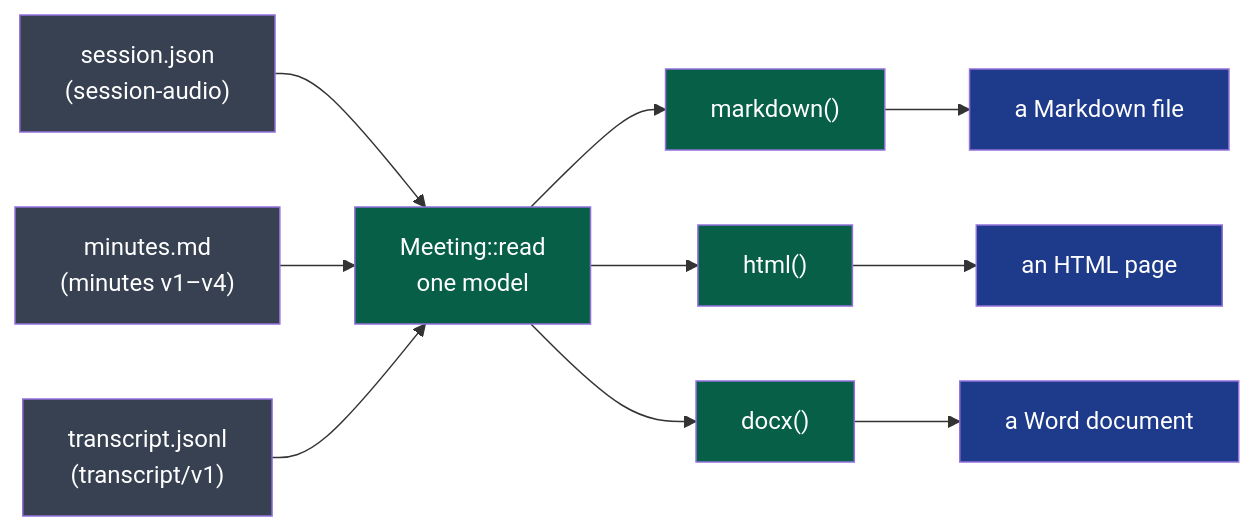
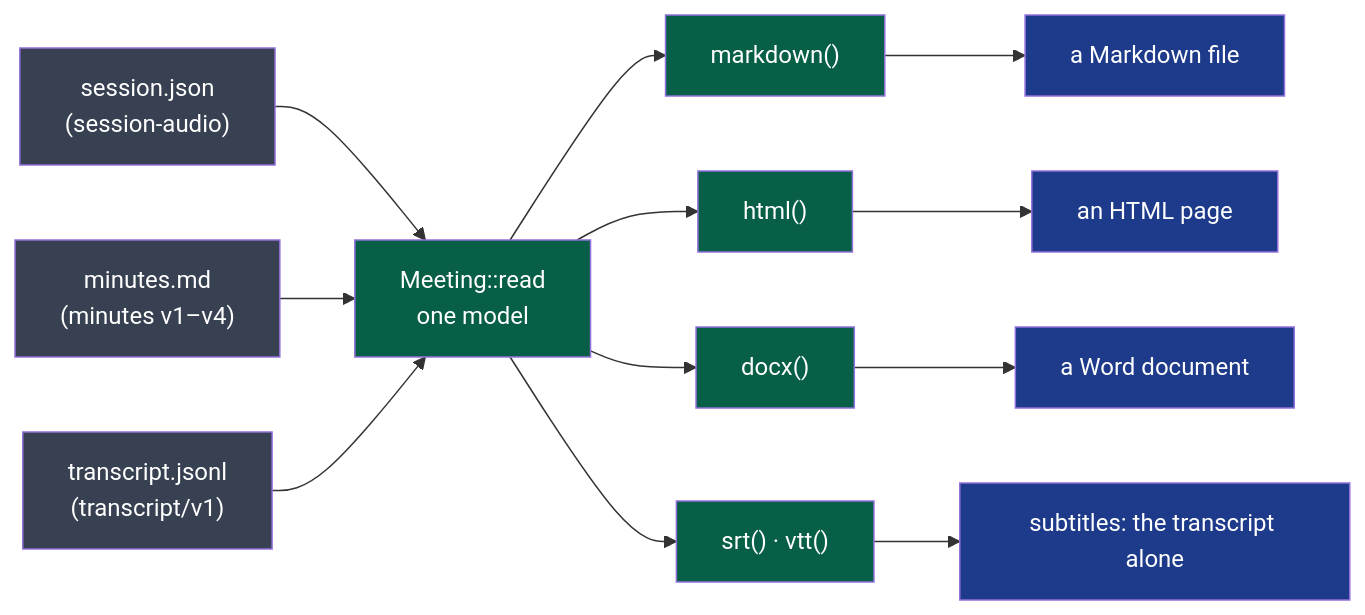
The diagram in modules/export/README.md (NapkinStack/kitokey), drawn with Mermaid before and after one commit. The commit also changed other lines of this file and 2 other files, not shown here.

Commit message:
D108 — export: kitokey-export writes srt and vtt, the transcript alone; a summary makes no subtitles
`srt` and `vtt` join WRITTEN with their writers. Asked without a transcript, they are meeting.empty, as
`exporting/v1` says subtitles are the transcript alone. WRITTEN's comment and the README say what is
written today.

Agent-Session: 73595919-25fa-4ee1-88e0-3e5a31997280

````diff
--- a/modules/export/README.md
+++ b/modules/export/README.md
@@ -9,16 +9,18 @@
 ```mermaid
 flowchart LR
     S["session.json<br/>(session-audio)"]:::file --> M["Meeting::read<br/>one model"]:::module
     N["minutes.md<br/>(minutes v1–v4)"]:::file --> M
     T["transcript.jsonl<br/>(transcript/v1)"]:::file --> M
     M --> W["markdown()"]:::module
     W --> F["a Markdown file"]:::out
     M --> H["html()"]:::module
     H --> P["an HTML page"]:::out
     M --> D["docx()"]:::module
     D --> O["a Word document"]:::out
+    M --> V["srt() · vtt()"]:::module
+    V --> U["subtitles: the transcript alone"]:::out
 
     classDef file fill:#374151,color:#fff
     classDef module fill:#065f46,color:#fff
     classDef out fill:#1e3a8a,color:#fff
 ```
````
